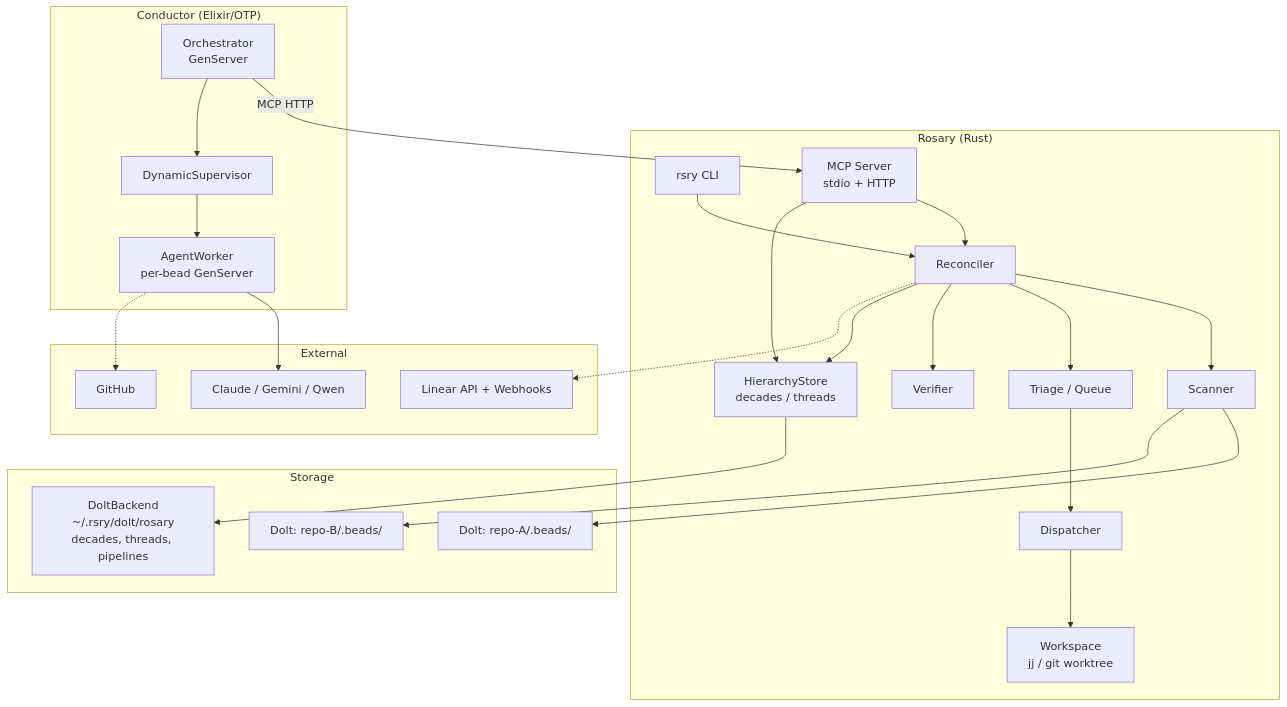
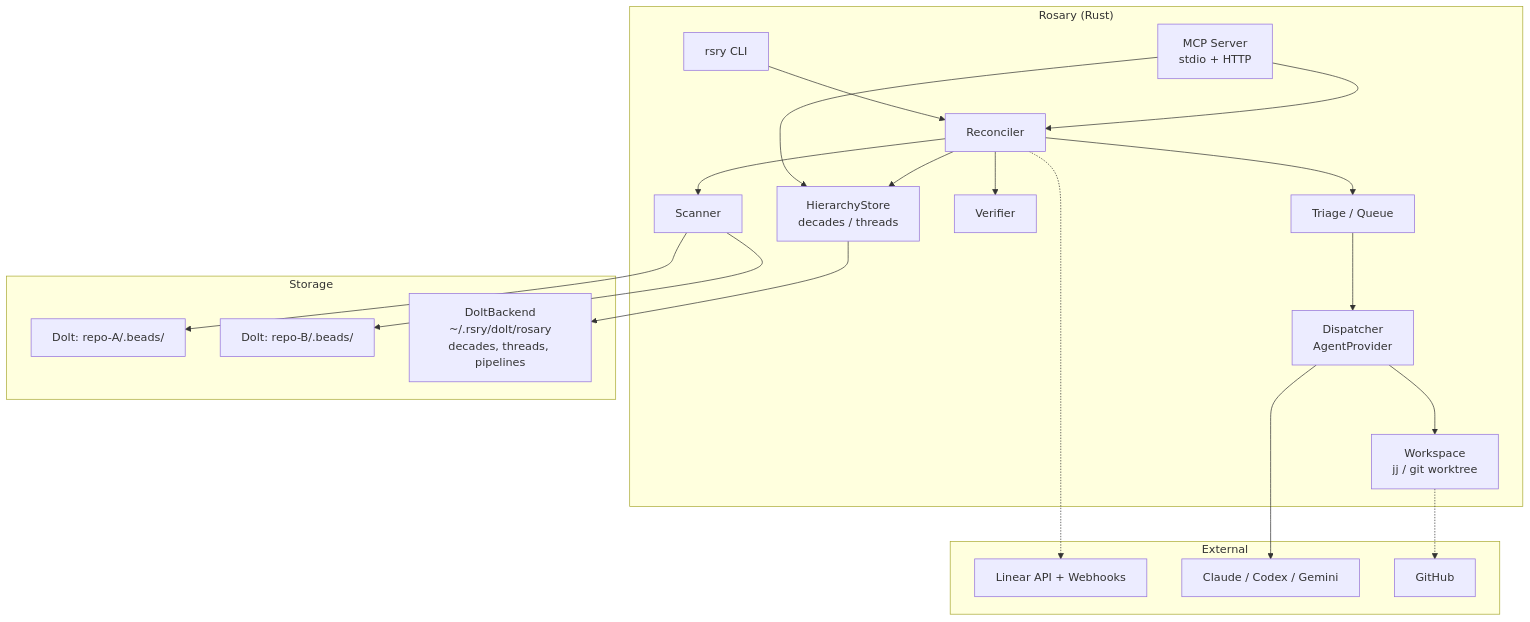
Before and after one commit to agentic-research/rosary: the first of 8 diagrams in docs/ARCHITECTURE.md, drawn with Mermaid. The commit also changed other lines of this file and 1 other file, not shown here.

````diff
--- a/docs/ARCHITECTURE.md
+++ b/docs/ARCHITECTURE.md
@@ -7,45 +7,37 @@
 ```mermaid
 graph TB
     subgraph "Rosary (Rust)"
         CLI[rsry CLI]
         MCP[MCP Server<br/>stdio + HTTP]
         RC[Reconciler]
         SC[Scanner]
         TR[Triage / Queue]
-        DI[Dispatcher]
+        DI[Dispatcher<br/>AgentProvider]
         VE[Verifier]
         WS[Workspace<br/>jj / git worktree]
         HS[HierarchyStore<br/>decades / threads]
-    end
-
-    subgraph "Conductor (Elixir/OTP)"
-        ORCH[Orchestrator<br/>GenServer]
-        SUP[DynamicSupervisor]
-        AW[AgentWorker<br/>per-bead GenServer]
     end
 
     subgraph "Storage"
         D1[Dolt: repo-A/.beads/]
         D2[Dolt: repo-B/.beads/]
         DB[DoltBackend<br/>~/.rsry/dolt/rosary<br/>decades, threads, pipelines]
     end
 
     subgraph "External"
         LN[Linear API + Webhooks]
-        CC[Claude / Gemini / Qwen]
+        CC[Claude / Codex / Gemini]
         GH[GitHub]
     end
 
     CLI --> RC
     MCP --> RC
     MCP --> HS
-    ORCH -->|MCP HTTP| MCP
-    ORCH --> SUP --> AW
-    AW --> CC
     RC --> SC --> D1 & D2
     RC --> TR --> DI --> WS
+    DI --> CC
     RC --> VE
     RC --> HS --> DB
     RC -.-> LN
-    AW -.-> GH
+    WS -.-> GH
 ```
````
